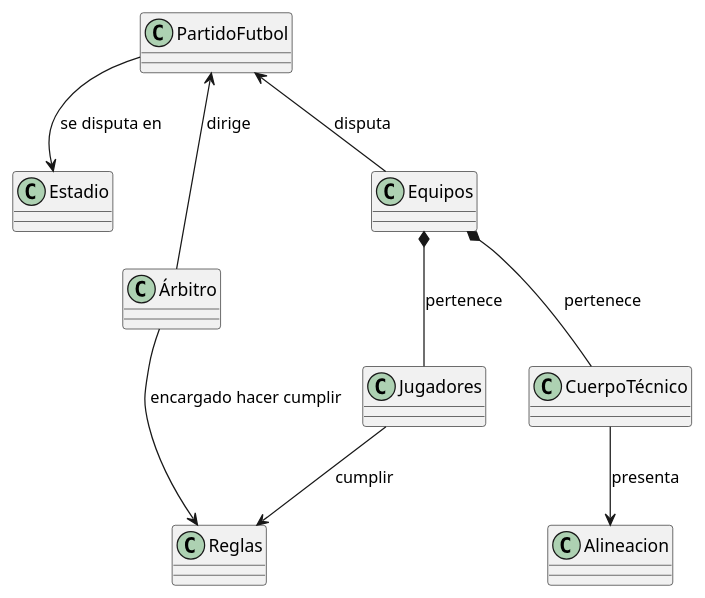
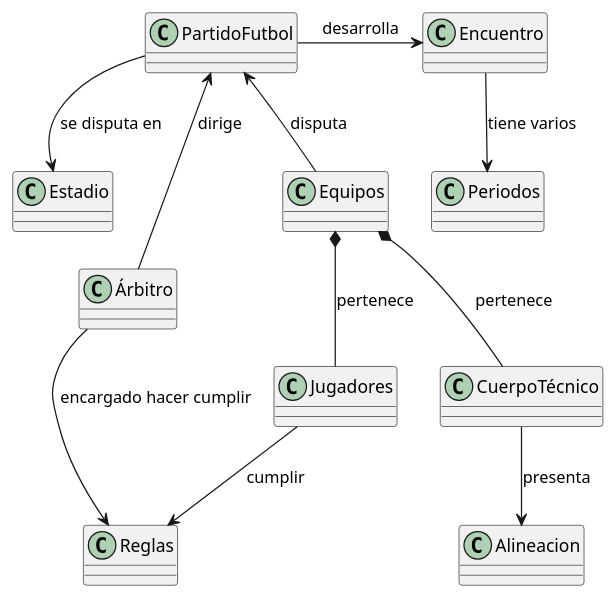
One commit to mmasias/IdSw1-22-23 changed the diagram in actividades/001-futbol/RuizJavier/CódigosUML/diagramaClases.puml. Above: the diagram before and after it, drawn with PlantUML.

```diff
--- a/actividades/001-futbol/RuizJavier/CódigosUML/diagramaClases.puml
+++ b/actividades/001-futbol/RuizJavier/CódigosUML/diagramaClases.puml
@@ -1,16 +1,19 @@
 @startuml
 
 class PartidoFutbol
 
 PartidoFutbol --> Estadio : se disputa en
 PartidoFutbol <-- Árbitro : dirige
 PartidoFutbol <-- Equipos : disputa
+PartidoFutbol -r-> Encuentro : desarrolla
 Árbitro --> Reglas : encargado hacer cumplir
+
+Encuentro --> Periodos : tiene varios
 
 Equipos *-- Jugadores : pertenece
 Equipos *-- CuerpoTécnico : pertenece
 Jugadores --> Reglas : cumplir
 CuerpoTécnico --> Alineacion : presenta
 
 
 @enduml
```
